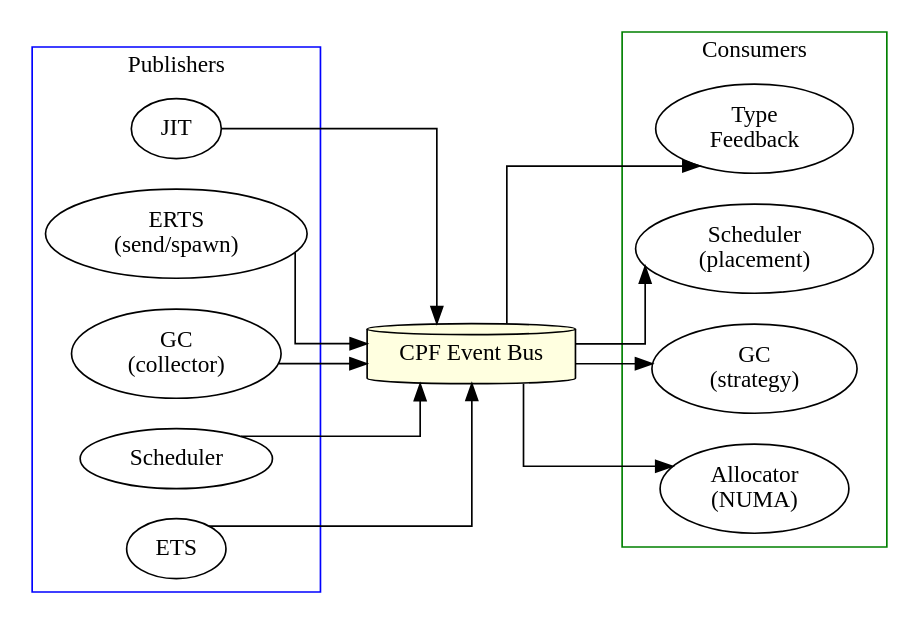
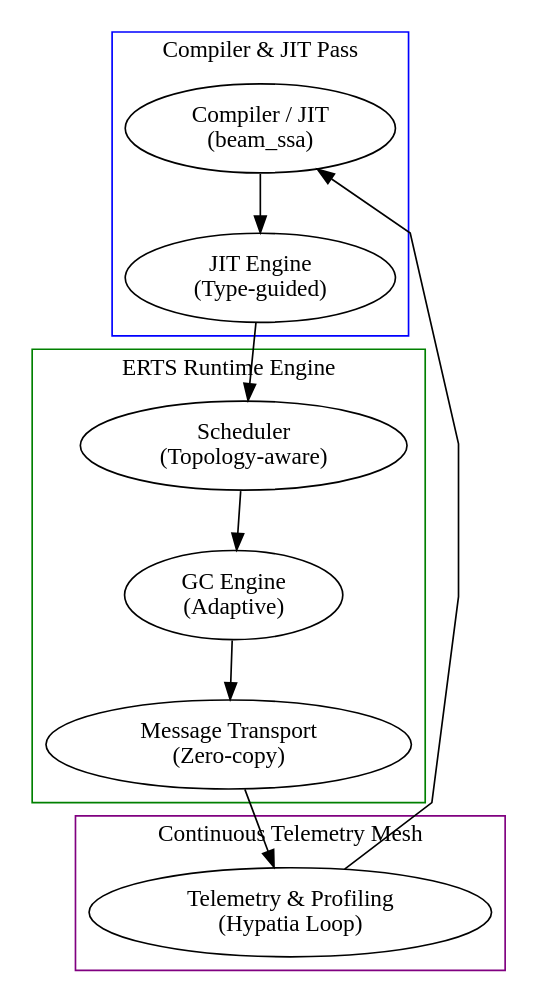
The diagram in docs/extras/EX-36-hipatia-arquitetura-cruzada.md (matheuscamarques/pon_beam), drawn with Graphviz before and after one commit. The commit also changed other lines of this file and 32 other files, not shown here.

````diff
--- a/docs/extras/EX-36-hipatia-arquitetura-cruzada.md
+++ b/docs/extras/EX-36-hipatia-arquitetura-cruzada.md
@@ -166,30 +34,29 @@
-```dot Barramento de eventos do CPF
-digraph cpf_bus {
-  rankdir=LR;
-  splines=ortho;
+```dot
+digraph hipatia {
+  rankdir=TB;
+  splines=polyline;
 
-  bus [label="CPF Event Bus", shape=cylinder, style=filled, fillcolor=lightyellow];
-
-  subgraph cluster_publishers {
-    label="Publishers";
+  subgraph cluster_compiler {
+    label="Compiler & JIT Pass";
     color=blue;
-    jit [label="JIT"];
-    erts [label="ERTS\n(send/spawn)"];
-    gc [label="GC\n(collector)"];
-    sched_pub [label="Scheduler"];
-    ets [label="ETS"];
+    compiler [label="Compiler / JIT\n(beam_ssa)"];
+    jit [label="JIT Engine\n(Type-guided)"];
   }
 
-  subgraph cluster_consumers {
-    label="Consumers";
+  subgraph cluster_runtime {
+    label="ERTS Runtime Engine";
     color=green;
-    typesys [label="Type\nFeedback"];
-    sched_con [label="Scheduler\n(placement)"];
-    gc_con [label="GC\n(strategy)"];
-    alloc [label="Allocator\n(NUMA)"];
+    sched [label="Scheduler\n(Topology-aware)"];
+    gc [label="GC Engine\n(Adaptive)"];
+    msg [label="Message Transport\n(Zero-copy)"];
   }
 
-  jit -> bus; erts -> bus; gc -> bus; sched_pub -> bus; ets -> bus;
-  bus -> typesys; bus -> sched_con; bus -> gc_con; bus -> alloc;
+  subgraph cluster_feedback {
+    label="Continuous Telemetry Mesh";
+    color=purple;
+    telemetry [label="Telemetry & Profiling\n(Hypatia Loop)"];
+  }
+
+  compiler -> jit -> sched -> gc -> msg -> telemetry -> compiler;
 }
 ```
````
